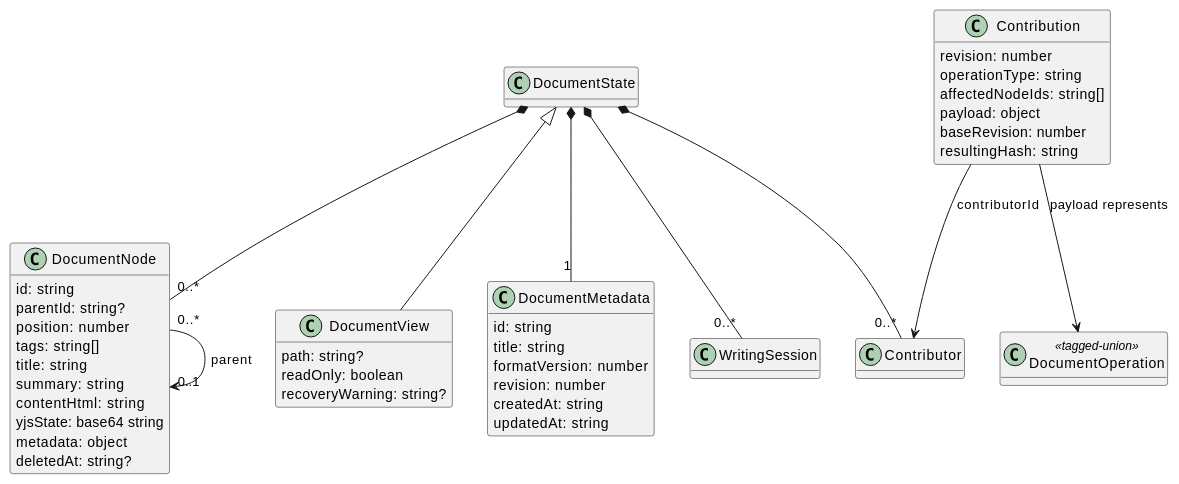
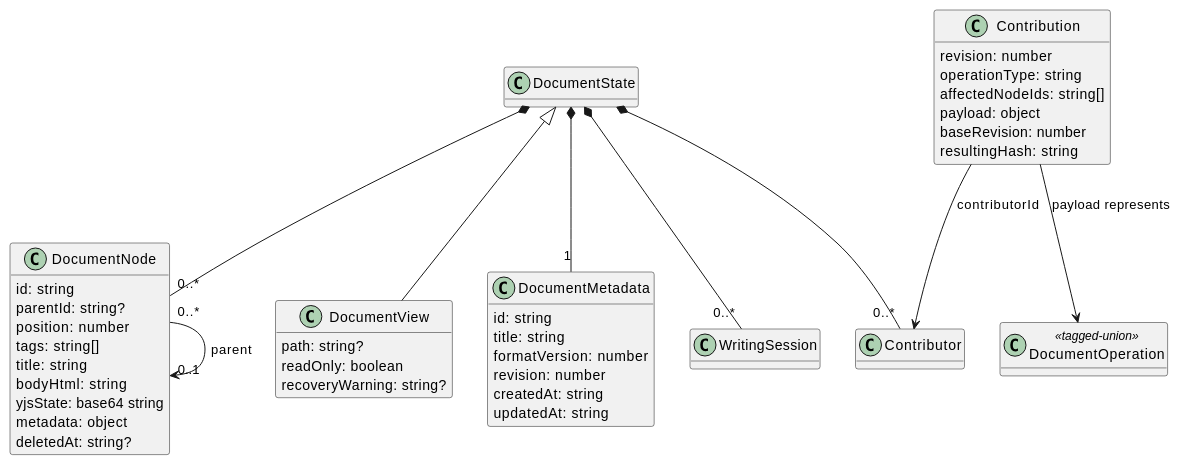
Before and after one commit to benoit-gl/coedit: the third of 6 diagrams in docs/PERSISTENCE_DESIGN.md, drawn with PlantUML. The commit also changed other lines of this file and 28 other files, not shown here.

Commit message:
removed summary; each node now only has title+body

````diff
--- a/docs/PERSISTENCE_DESIGN.md
+++ b/docs/PERSISTENCE_DESIGN.md
@@ -197,52 +197,51 @@
 ```plantuml
 @startuml
 hide methods
 
 class DocumentState
 class DocumentView {
   path: string?
   readOnly: boolean
   recoveryWarning: string?
 }
 class DocumentMetadata {
   id: string
   title: string
   formatVersion: number
   revision: number
   createdAt: string
   updatedAt: string
 }
 class DocumentNode {
   id: string
   parentId: string?
   position: number
   tags: string[]
   title: string
-  summary: string
-  contentHtml: string
+  bodyHtml: string
   yjsState: base64 string
   metadata: object
   deletedAt: string?
 }
 class Contributor
 class WritingSession
 class Contribution {
   revision: number
   operationType: string
   affectedNodeIds: string[]
   payload: object
   baseRevision: number
   resultingHash: string
 }
 class DocumentOperation <<tagged-union>>
 
 DocumentState <|-- DocumentView
 DocumentState *-- "1" DocumentMetadata
 DocumentState *-- "0..*" DocumentNode
 DocumentState *-- "0..*" Contributor
 DocumentState *-- "0..*" WritingSession
 DocumentNode "0..*" --> "0..1" DocumentNode : parent
 Contribution --> Contributor : contributorId
 Contribution --> DocumentOperation : payload represents
 @enduml
 ```
````
